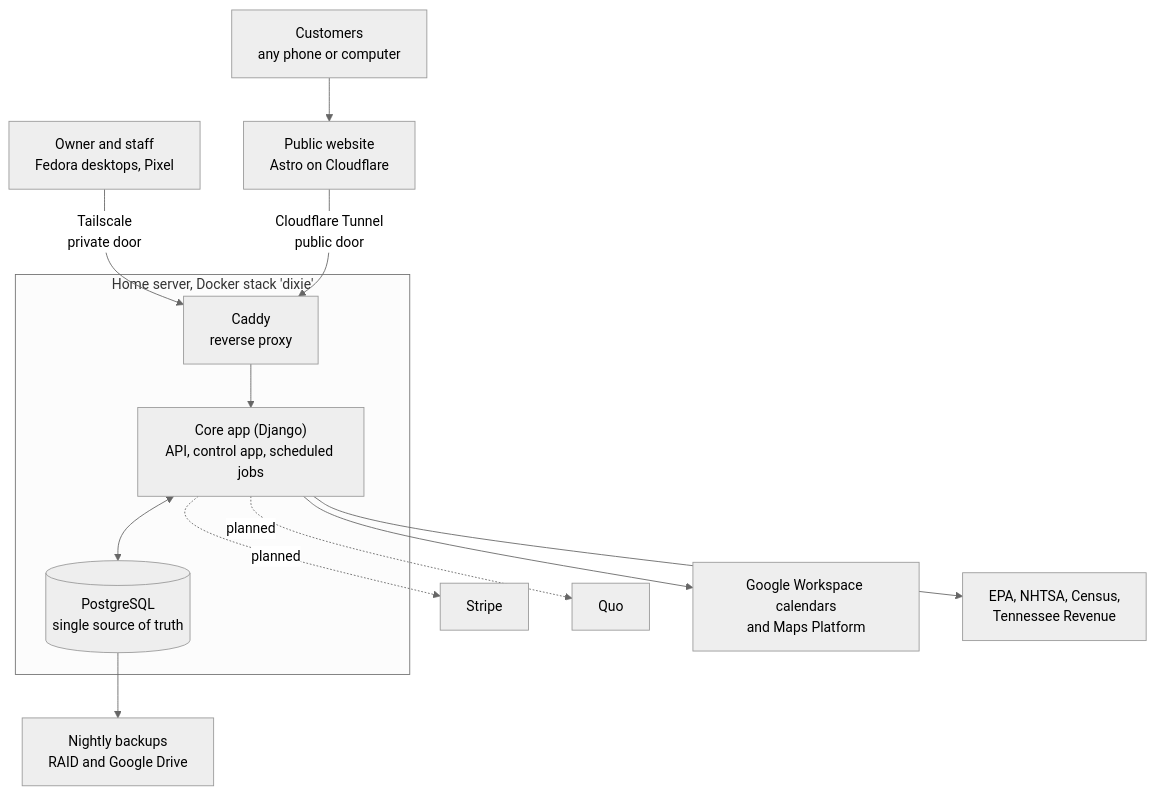
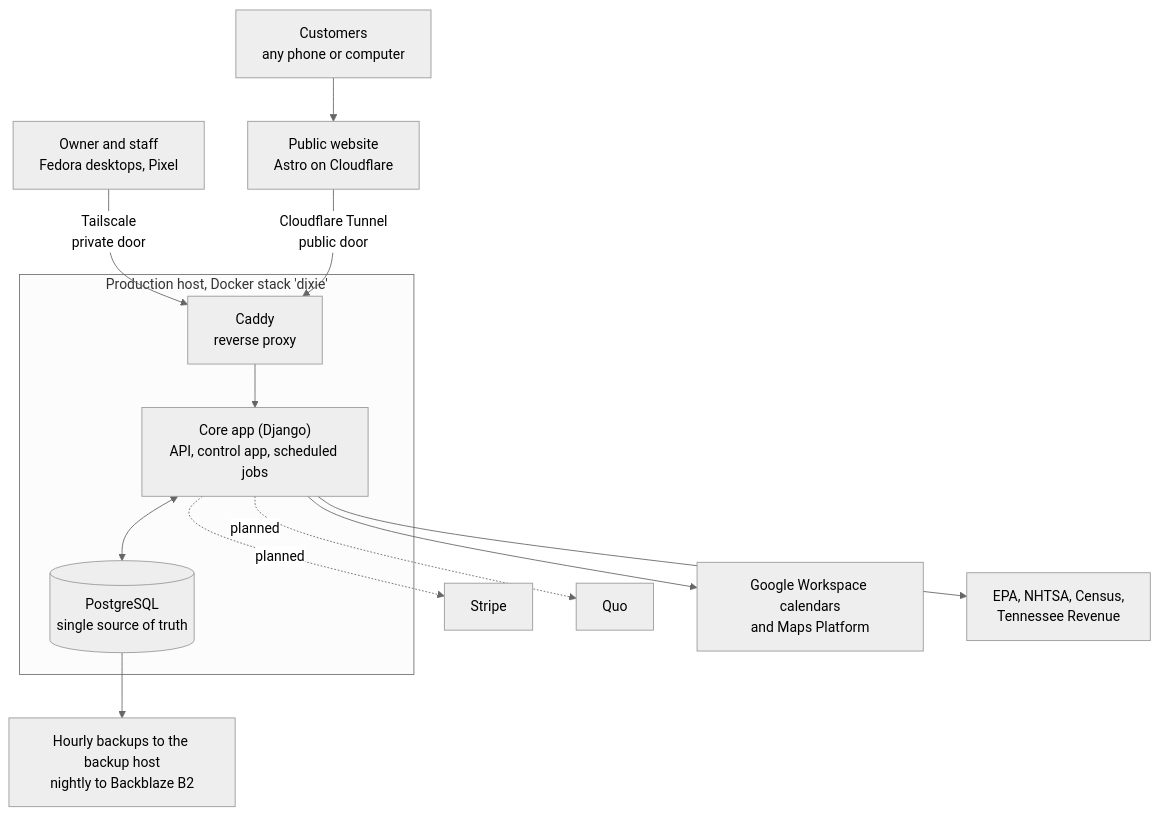
The diagram in docs/architecture/system-overview.md (UninterestingUser/Dixie-Detail-portfolio), drawn with Mermaid (neutral theme) before and after one commit. The commit also changed other lines of this file and 75 other files, not shown here.

Commit message:
Production on a dedicated host, hourly backups to the backup host and nightly to Backblaze, the shared UPS, and the build and recovery guides (review findings H3, L4, H2)

````diff
--- a/docs/architecture/system-overview.md
+++ b/docs/architecture/system-overview.md
@@ -18,20 +18,20 @@
 ```mermaid
 flowchart TB
     customers["Customers<br/>any phone or computer"] --> website["Public website<br/>Astro on Cloudflare"]
     staff["Owner and staff<br/>Fedora desktops, Pixel"] -- "Tailscale<br/>private door" --> caddy
     website -- "Cloudflare Tunnel<br/>public door" --> caddy
 
-    subgraph server["Home server, Docker stack 'dixie'"]
+    subgraph server["Production host, Docker stack 'dixie'"]
         caddy["Caddy<br/>reverse proxy"]
         core["Core app (Django)<br/>API, control app, scheduled jobs"]
         db[("PostgreSQL<br/>single source of truth")]
         caddy --> core
         core <--> db
     end
 
     core -. planned .-> stripe["Stripe"]
     core -. planned .-> quo["Quo"]
     core --> google["Google Workspace calendars<br/>and Maps Platform"]
     core --> govdata["EPA, NHTSA, Census,<br/>Tennessee Revenue"]
-    db --> backups["Nightly backups<br/>RAID and Google Drive"]
+    db --> backups["Hourly backups to the backup host<br/>nightly to Backblaze B2"]
 ```
````
